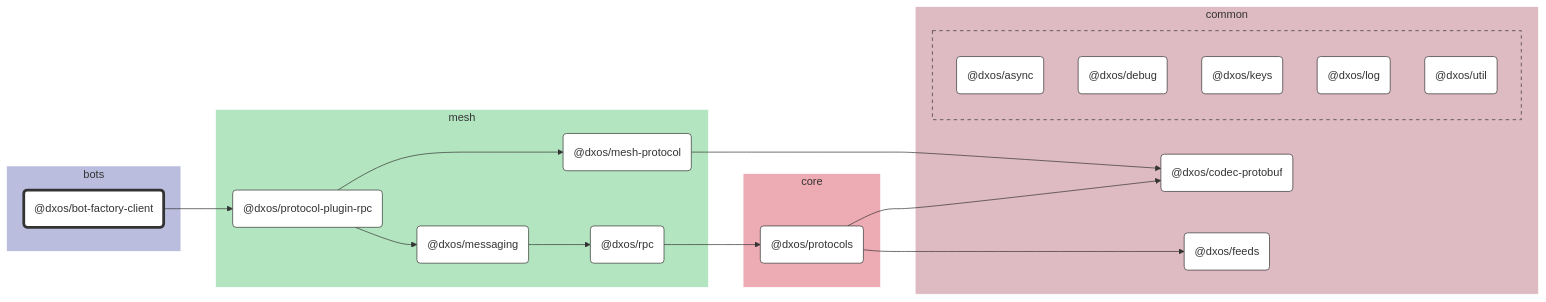
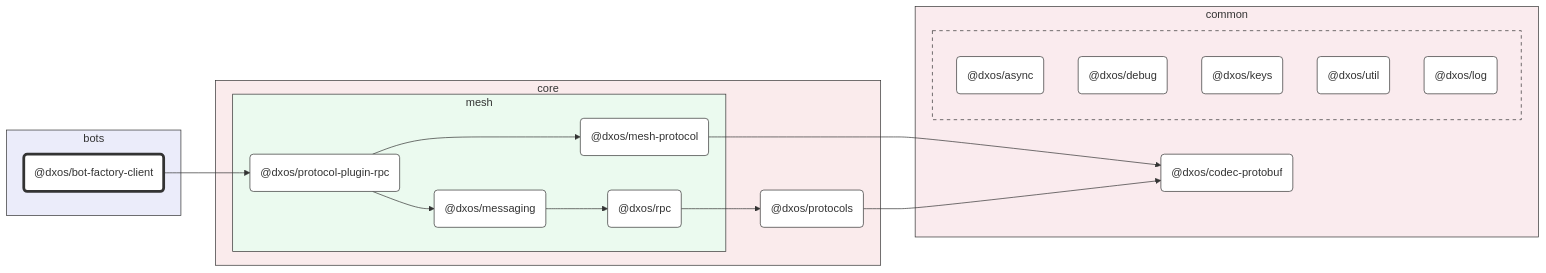
Before and after one commit to dxos/dxos: the diagram in packages/bots/bot-factory-client/docs/README.md, drawn with Mermaid. The commit also changed other lines of this file and 93 other files, not shown here.

First line of the commit message:
chore: hierarchical graphs. (#1583)

````diff
--- a/packages/bots/bot-factory-client/docs/README.md
+++ b/packages/bots/bot-factory-client/docs/README.md
@@ -7,68 +7,65 @@
 ```mermaid
 %%{ init: {'flowchart':{'curve':'basis'}} }%%
 
 flowchart LR
 
 %% Classes
 classDef def fill:#fff,stroke:#333,stroke-width:1px
 classDef root fill:#fff,stroke:#333,stroke-width:4px
 
 %% Nodes
 
 subgraph bots [bots]
-  style bots fill:#babdde,stroke:#fff
+  style bots fill:#ebecfa,stroke:#333
   dxos/bot-factory-client("@dxos/bot-factory-client"):::root
   click dxos/bot-factory-client "dxos/dxos/tree/main/packages/bots/bot-factory-client/docs"
 end
 
 subgraph common [common]
-  style common fill:#debac2,stroke:#fff
+  style common fill:#faebee,stroke:#333
   dxos/codec-protobuf("@dxos/codec-protobuf"):::def
   click dxos/codec-protobuf "dxos/dxos/tree/main/packages/common/codec-protobuf/docs"
-  dxos/feeds("@dxos/feeds"):::def
-  click dxos/feeds "dxos/dxos/tree/main/packages/common/feeds/docs"
 
-  subgraph common-excluded [ ]
-    style common-excluded fill:#debac2,stroke:#333,stroke-dasharray:5 5
+  subgraph _ [ ]
+    style _ fill:#faebee,stroke:#333,stroke-dasharray:5 5
     dxos/async("@dxos/async"):::def
     click dxos/async "dxos/dxos/tree/main/packages/common/async/docs"
     dxos/debug("@dxos/debug"):::def
     click dxos/debug "dxos/dxos/tree/main/packages/common/debug/docs"
     dxos/keys("@dxos/keys"):::def
     click dxos/keys "dxos/dxos/tree/main/packages/common/keys/docs"
+    dxos/util("@dxos/util"):::def
+    click dxos/util "dxos/dxos/tree/main/packages/common/util/docs"
     dxos/log("@dxos/log"):::def
     click dxos/log "dxos/dxos/tree/main/packages/common/log/docs"
-    dxos/util("@dxos/util"):::def
-    click dxos/util "dxos/dxos/tree/main/packages/common/util/docs"
   end
 end
 
-subgraph mesh [mesh]
-  style mesh fill:#b3e6c0,stroke:#fff
-  dxos/protocol-plugin-rpc("@dxos/protocol-plugin-rpc"):::def
-  click dxos/protocol-plugin-rpc "dxos/dxos/tree/main/packages/core/mesh/protocol-plugin-rpc/docs"
-  dxos/messaging("@dxos/messaging"):::def
-  click dxos/messaging "dxos/dxos/tree/main/packages/core/mesh/messaging/docs"
-  dxos/rpc("@dxos/rpc"):::def
-  click dxos/rpc "dxos/dxos/tree/main/packages/core/mesh/rpc/docs"
-  dxos/mesh-protocol("@dxos/mesh-protocol"):::def
-  click dxos/mesh-protocol "dxos/dxos/tree/main/packages/core/mesh/mesh-protocol/docs"
-end
-
 subgraph core [core]
-  style core fill:#edabb3,stroke:#fff
+  style core fill:#faebec,stroke:#333
   dxos/protocols("@dxos/protocols"):::def
   click dxos/protocols "dxos/dxos/tree/main/packages/core/protocols/docs"
+
+  subgraph mesh [mesh]
+    style mesh fill:#ebfaef,stroke:#333
+    dxos/protocol-plugin-rpc("@dxos/protocol-plugin-rpc"):::def
+    click dxos/protocol-plugin-rpc "dxos/dxos/tree/main/packages/core/mesh/protocol-plugin-rpc/docs"
+    dxos/mesh-protocol("@dxos/mesh-protocol"):::def
+    click dxos/mesh-protocol "dxos/dxos/tree/main/packages/core/mesh/mesh-protocol/docs"
+    dxos/messaging("@dxos/messaging"):::def
+    click dxos/messaging "dxos/dxos/tree/main/packages/core/mesh/messaging/docs"
+    dxos/rpc("@dxos/rpc"):::def
+    click dxos/rpc "dxos/dxos/tree/main/packages/core/mesh/rpc/docs"
+  end
 end
 
 %% Links
 linkStyle default stroke:#333,stroke-width:1px
 dxos/bot-factory-client --> dxos/protocol-plugin-rpc
+dxos/protocol-plugin-rpc --> dxos/mesh-protocol
+dxos/mesh-protocol --> dxos/codec-protobuf
 dxos/protocol-plugin-rpc --> dxos/messaging
 dxos/protocols --> dxos/codec-protobuf
-dxos/protocols --> dxos/feeds
 dxos/messaging --> dxos/rpc
 dxos/rpc --> dxos/protocols
-dxos/protocol-plugin-rpc --> dxos/mesh-protocol
-dxos/mesh-protocol --> dxos/codec-protobuf
 ```
````
